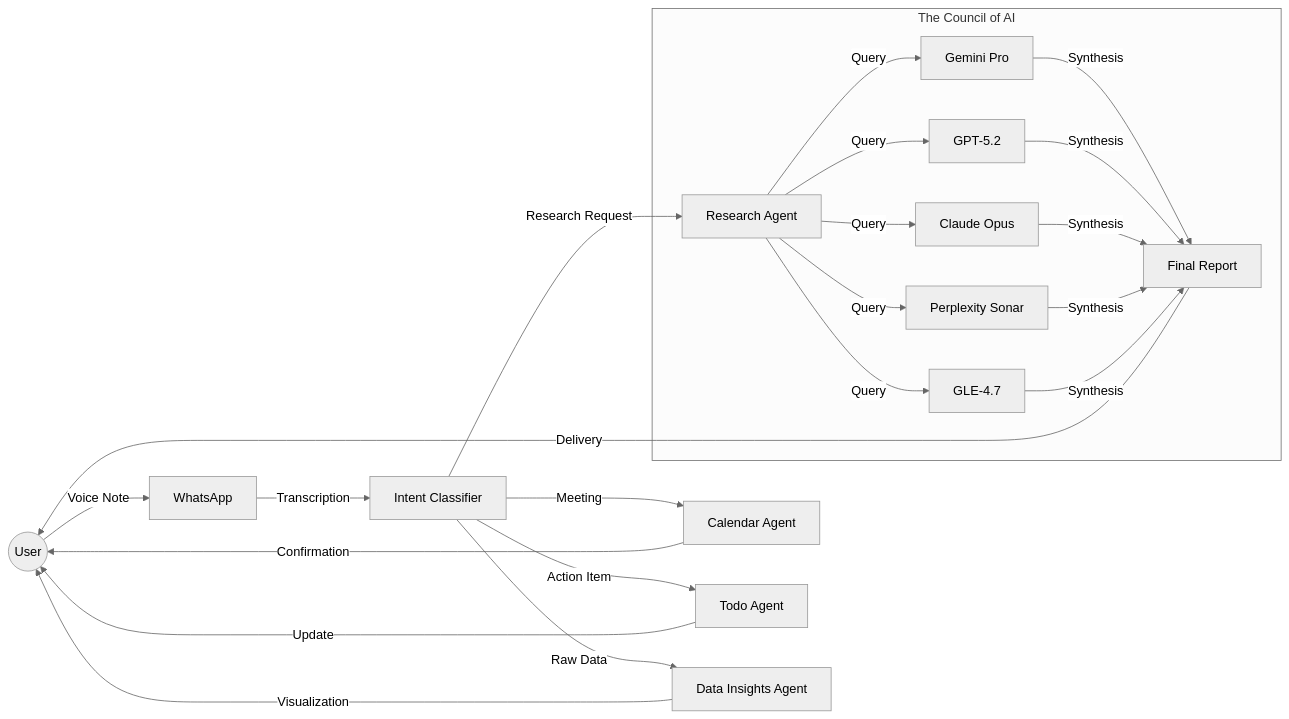
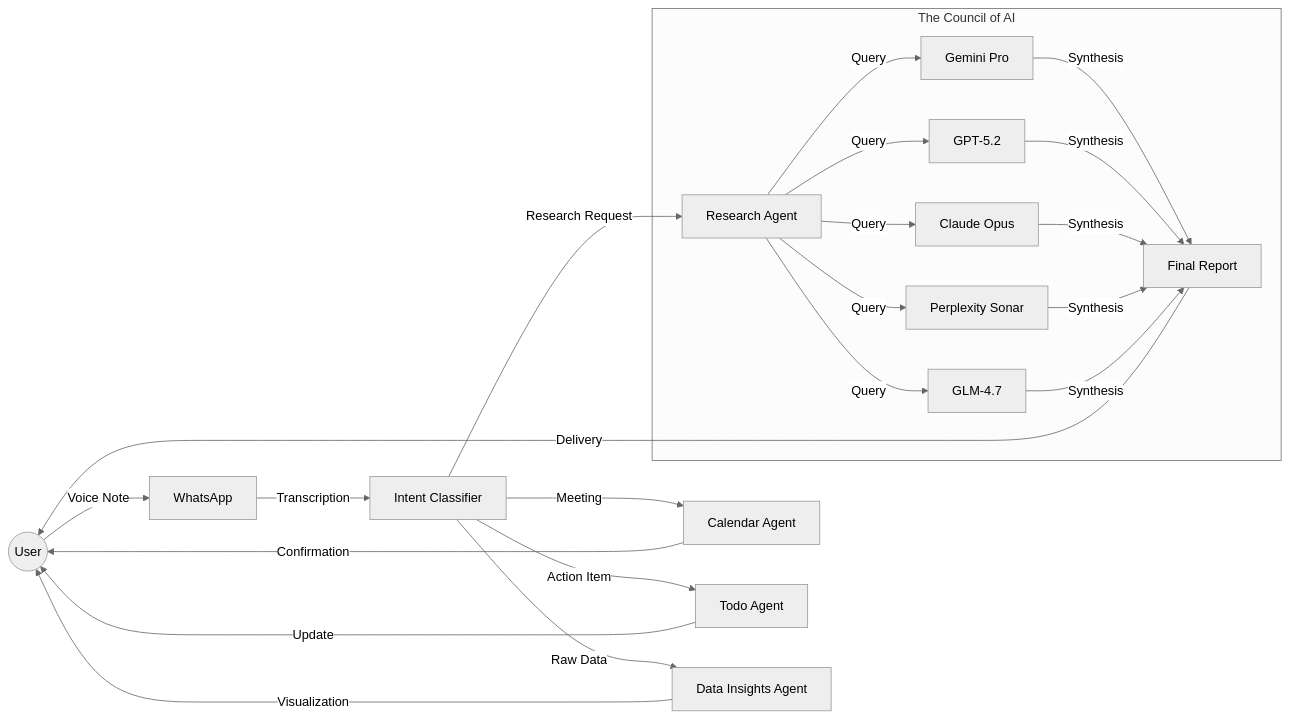
Before and after one commit to pbuchman/praxos: the first of 2 diagrams in README.md, drawn with Mermaid (neutral theme). The commit also changed 1 other file, not shown here.

Commit message:
PBU-37 Update GLE references to GLM in documentation
Updated model references in HomePage.tsx and README.md to reflect the correct name change from GLE to GLM.

````diff
--- a/README.md
+++ b/README.md
@@ -34,24 +34,24 @@
 ```mermaid
 graph LR
     User((User)) -->|Voice Note| WA[WhatsApp]
     WA -->|Transcription| Class[Intent Classifier]
 
     Class -->|Research Request| Res[Research Agent]
     Class -->|Meeting| Cal[Calendar Agent]
     Class -->|Action Item| Todo[Todo Agent]
     Class -->|Raw Data| Data[Data Insights Agent]
 
     subgraph "The Council of AI"
         Res -->|Query| Gemini[Gemini Pro]
         Res -->|Query| GPT[GPT-5.2]
         Res -->|Query| CL[Claude Opus]
         Res -->|Query| PPL[Perplexity Sonar]
-        Res -->|Query| ZAI[GLE-4.7]
+        Res -->|Query| ZAI[GLM-4.7]
         Gemini & GPT & CL & PPL & ZAI -->|Synthesis| Rep[Final Report]
     end
 
     Rep -->|Delivery| User
     Cal -->|Confirmation| User
     Todo -->|Update| User
     Data -->|Visualization| User
 ```
````
